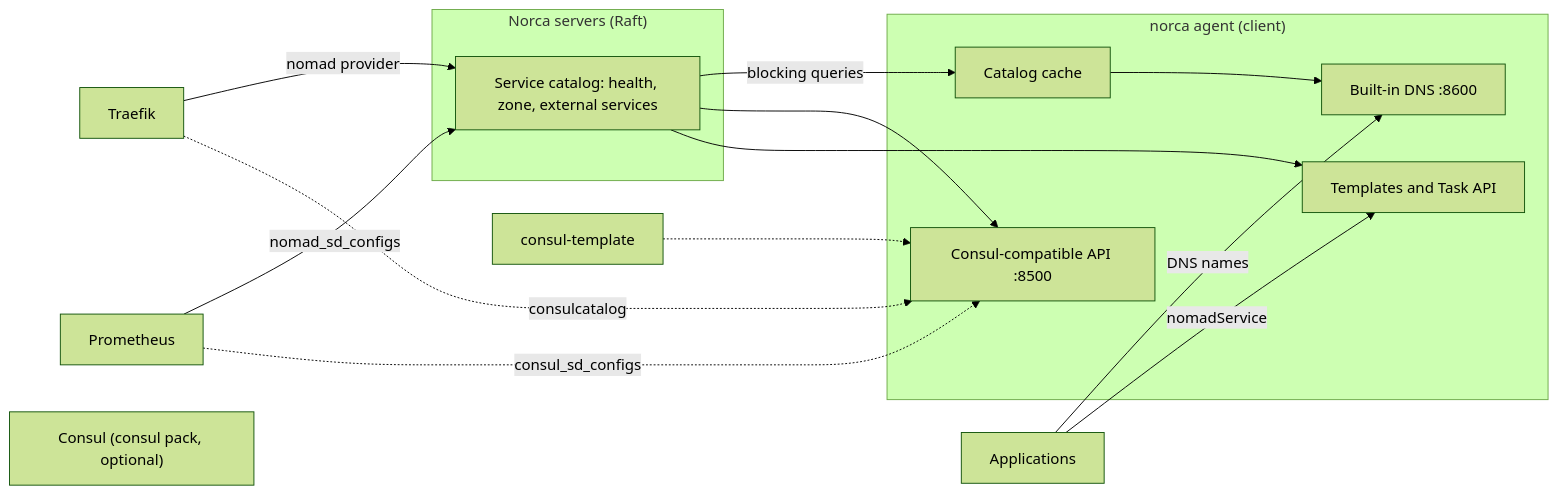
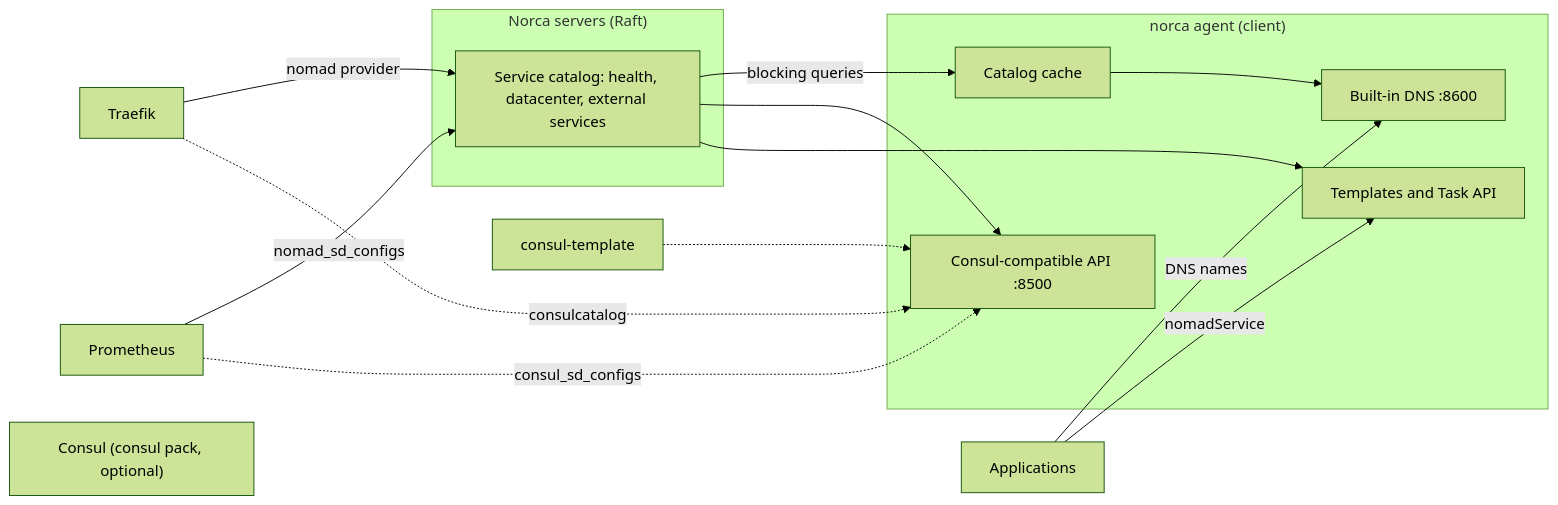
The diagram in content/docs/features/service-discovery/_index.md (bacanoo-io/norca-doc), drawn with Mermaid (forest theme) before and after one commit. The commit also changed other lines of this file and 26 other files, not shown here.

````diff
--- a/content/docs/features/service-discovery/_index.md
+++ b/content/docs/features/service-discovery/_index.md
@@ -33,24 +33,24 @@
 ```mermaid
 flowchart LR
   subgraph servers["Norca servers (Raft)"]
-    catalog["Service catalog: health, zone, external services"]
+    catalog["Service catalog: health, datacenter, external services"]
   end
   subgraph client["norca agent (client)"]
     cache["Catalog cache"]
     dns["Built-in DNS :8600"]
     compat["Consul-compatible API :8500"]
     tapi["Templates and Task API"]
   end
   catalog -->|"blocking queries"| cache
   cache --> dns
   catalog --> compat
   catalog --> tapi
   apps["Applications"] -->|"DNS names"| dns
   apps -->|"nomadService"| tapi
   traefik["Traefik"] -->|"nomad provider"| catalog
   traefik -.->|"consulcatalog"| compat
   prom["Prometheus"] -->|"nomad_sd_configs"| catalog
   prom -.->|"consul_sd_configs"| compat
   ct["consul-template"] -.-> compat
   consul["Consul (consul pack, optional)"]
 ```
````
